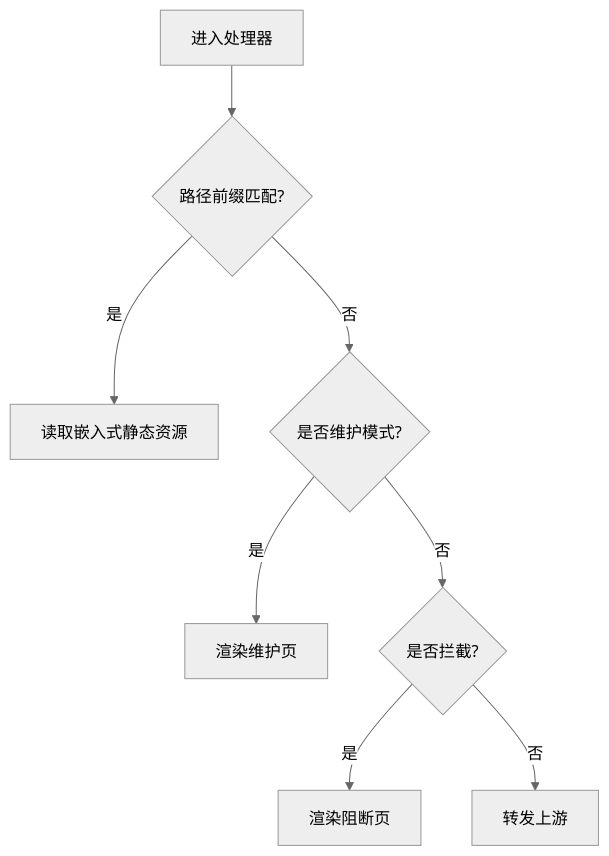
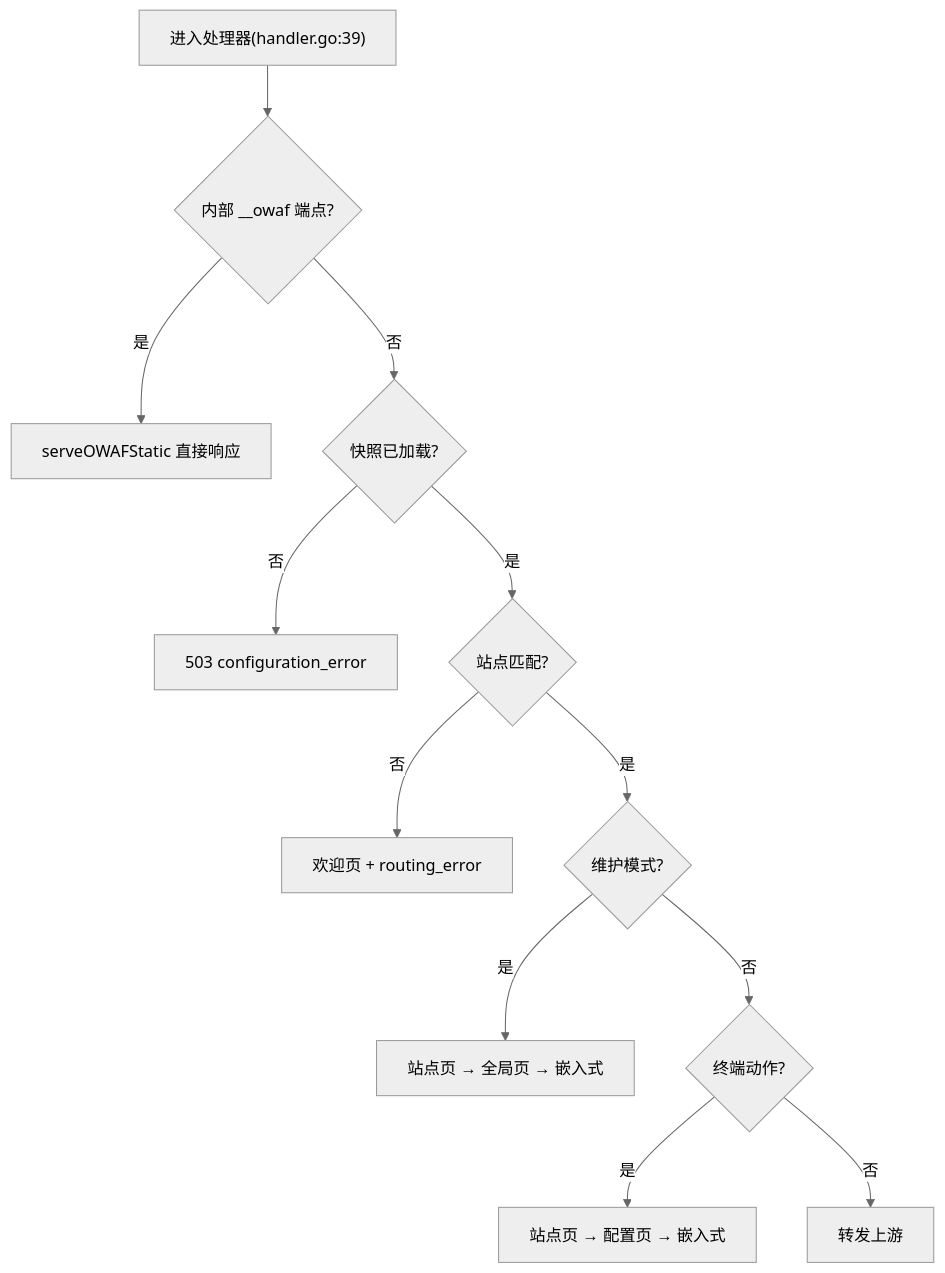
The sixth of 8 diagrams in docs/WAF 引擎系统/引擎核心架构/请求处理流程.md (x01n/My-OpenWaf), drawn with Mermaid (neutral theme) before and after one commit. The commit also changed other lines of this file and 622 other files, not shown here.

````diff
--- a/docs/WAF 引擎系统/引擎核心架构/请求处理流程.md
+++ b/docs/WAF 引擎系统/引擎核心架构/请求处理流程.md
@@ -229,10 +352,14 @@
 ```mermaid
 flowchart TD
-S["进入处理器"] --> PFX{"路径前缀匹配?"}
-PFX --> |是| STATIC["读取嵌入式静态资源"]
-PFX --> |否| MNT{"是否维护模式?"}
-MNT --> |是| MHTML["渲染维护页"]
-MNT --> |否| DECIDE{"是否拦截?"}
-DECIDE --> |是| BHTML["渲染阻断页"]
+S["进入处理器(handler.go:39)"] --> OWAF{"内部 __owaf 端点?"}
+OWAF --> |是| STATIC["serveOWAFStatic 直接响应"]
+OWAF --> |否| SNAP{"快照已加载?"}
+SNAP --> |否| E503["503 configuration_error"]
+SNAP --> |是| MATCH{"站点匹配?"}
+MATCH --> |否| WELCOME["欢迎页 + routing_error"]
+MATCH --> |是| MNT{"维护模式?"}
+MNT --> |是| MHTML["站点页 → 全局页 → 嵌入式"]
+MNT --> |否| DECIDE{"终端动作?"}
+DECIDE --> |是| BHTML["站点页 → 配置页 → 嵌入式"]
 DECIDE --> |否| UP["转发上游"]
 ```
````
